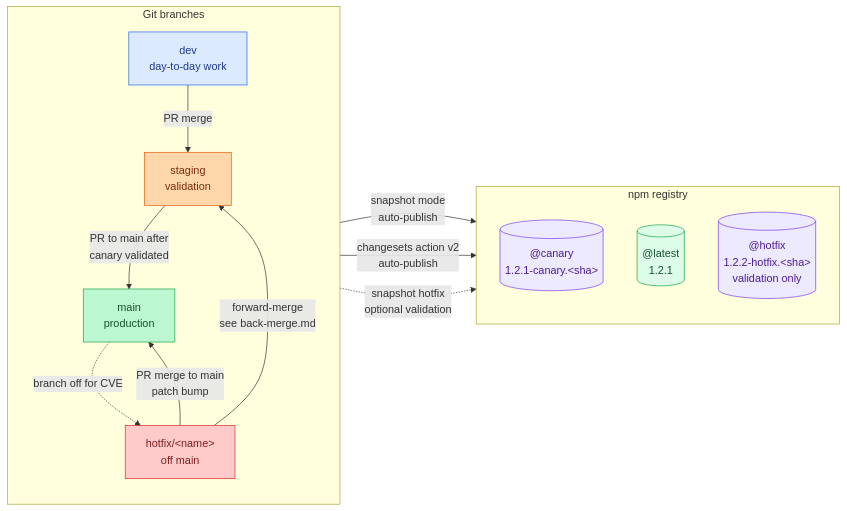
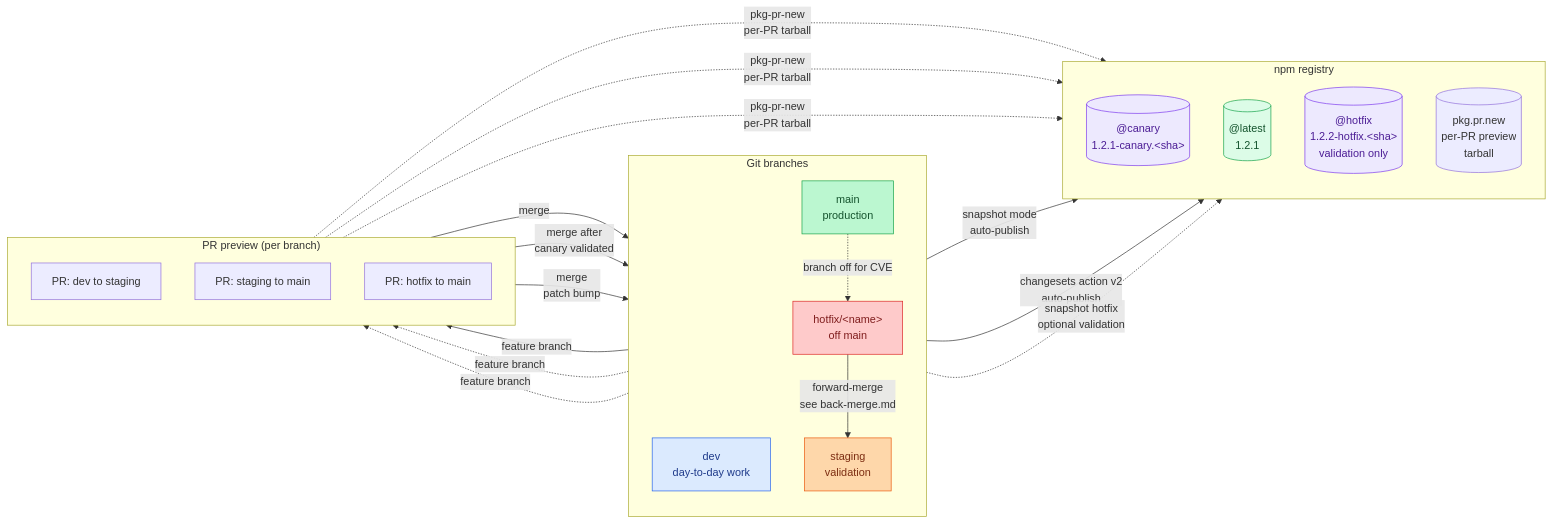
Before and after one commit to deessejs/package-template: the diagram in docs/engineering/processes/releases/README.md, drawn with Mermaid.

Commit message:
docs(release): surface pkg-pr-new per-PR preview channel in the diagram
The release flow diagram previously omitted the per-PR preview channel
that pkg.pr.new already provides via the existing preview.yml workflow.
Add it explicitly:

- New 'PR preview (per branch)' subgraph listing the three PR shapes
  (dev to staging, staging to main, hotfix to main).
- Each PR has a dashed arrow to a 'pkg.pr.new' node in the npm registry
  subgraph, showing the per-PR tarball publication.
- Each PR then merges into its target branch with a solid arrow.

This makes it explicit that preview artifacts are produced at review
time (any branch's PR), independently from the canary/stable/hotfix
publishes that happen at merge time.

````diff
--- a/docs/engineering/processes/releases/README.md
+++ b/docs/engineering/processes/releases/README.md
@@ -35,34 +35,51 @@
 ```mermaid
 flowchart LR
   subgraph Branches["Git branches"]
     direction TB
     dev[dev<br/>day-to-day work]:::dev
     staging[staging<br/>validation]:::staging
     main[main<br/>production]:::main
     hotfix["hotfix/&lt;name&gt;<br/>off main"]:::hotfix
   end
 
   subgraph NPM["npm registry"]
     direction TB
     canaryTag[("@canary<br/>1.2.1-canary.&lt;sha&gt;")]:::canary
     latestTag[("@latest<br/>1.2.1")]:::latest
     hotfixTag[("@hotfix<br/>1.2.2-hotfix.&lt;sha&gt;<br/>validation only")]:::canary
+    previewTag[("pkg.pr.new<br/>per-PR preview<br/>tarball")]:::preview
   end
 
-  dev -->|PR merge| staging
+  subgraph PRPreview["PR preview (per branch)"]
+    direction TB
+    prToStaging[PR: dev to staging]:::prNode
+    prToMain[PR: staging to main]:::prNode
+    prHotfix[PR: hotfix to main]:::prNode
+  end
+
+  prToStaging -.->|pkg-pr-new<br/>per-PR tarball| previewTag
+  prToMain -.->|pkg-pr-new<br/>per-PR tarball| previewTag
+  prHotfix -.->|pkg-pr-new<br/>per-PR tarball| previewTag
+
+  prToStaging -->|merge| staging
+  prToMain -->|merge after<br/>canary validated| main
+  prHotfix -->|merge<br/>patch bump| main
+
+  dev -->|feature branch| prToStaging
+  staging -.->|feature branch| prToMain
+  main -.->|feature branch| prHotfix
+
   staging -->|snapshot mode<br/>auto-publish| canaryTag
-  staging -->|PR to main after<br/>canary validated| main
   main -->|changesets action v2<br/>auto-publish| latestTag
 
   main -.->|branch off for CVE| hotfix
-  hotfix -->|PR merge to main<br/>patch bump| main
   hotfix -.->|snapshot hotfix<br/>optional validation| hotfixTag
   hotfix -->|forward-merge<br/>see back-merge.md| staging
 
   classDef dev fill:#dbeafe,stroke:#2563eb,color:#1e3a8a
   classDef staging fill:#fed7aa,stroke:#ea580c,color:#7c2d12
   classDef main fill:#bbf7d0,stroke:#16a34a,color:#14532d
   classDef hotfix fill:#fecaca,stroke:#dc2626,color:#7f1d1d
   classDef canary fill:#ede9fe,stroke:#7c3aed,color:#4c1d95
   classDef latest fill:#dcfce7,stroke:#16a34a,color:#14532d
 ```
````
